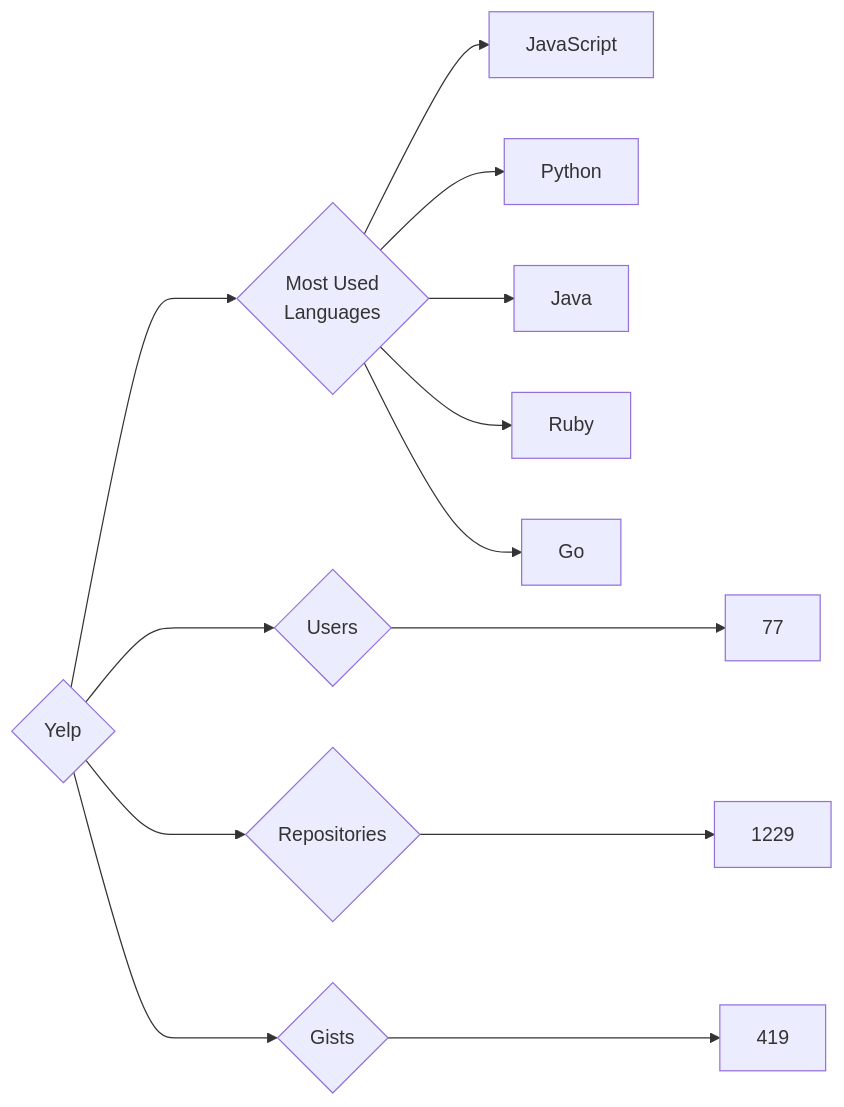
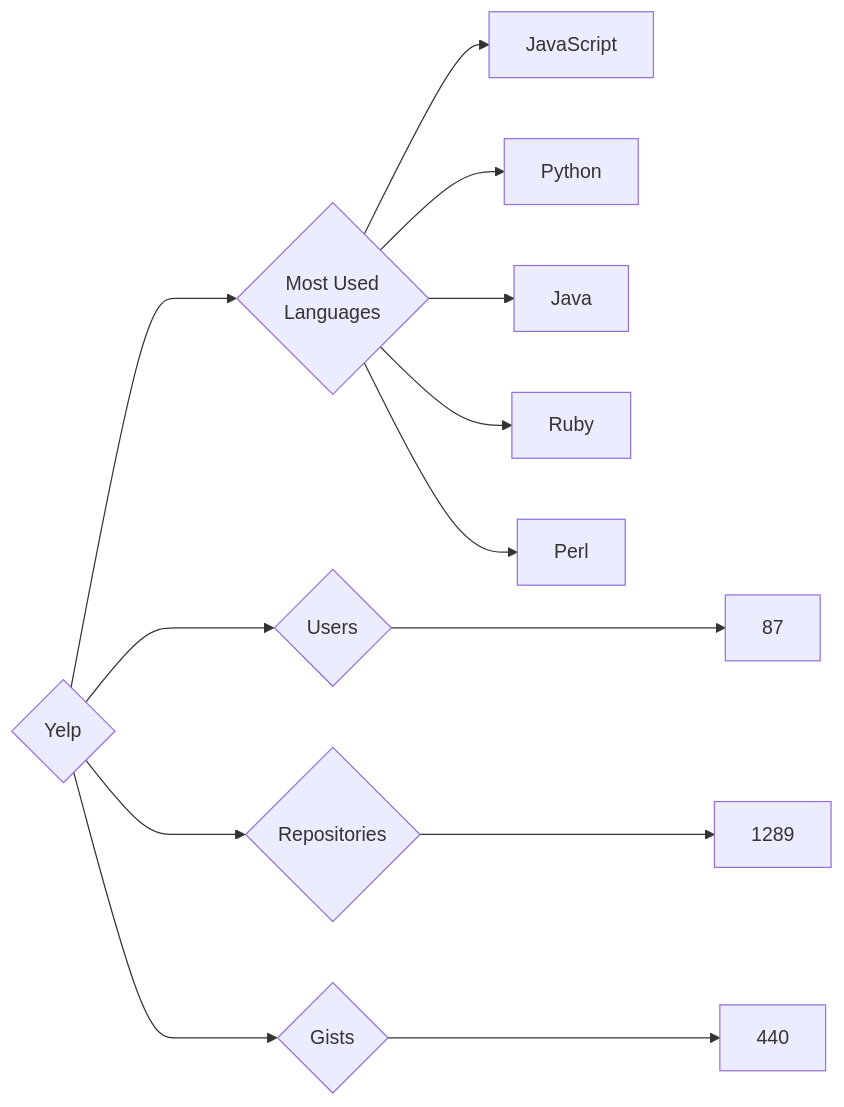
The diagram in targets/Yelp/README.md (trickest/insiders), drawn with Mermaid before and after one commit. The commit also changed 794 other files, not shown here.

````diff
--- a/targets/Yelp/README.md
+++ b/targets/Yelp/README.md
@@ -3,13 +3,13 @@
 ```mermaid
 graph LR
 COMPANY_NAME{Yelp}
-COMPANY_NAME ---> U{Users} ---> UN[77]
-COMPANY_NAME ---> R{Repositories} ---> RN[1229]
-COMPANY_NAME ---> G{Gists} ---> GN[419]
+COMPANY_NAME ---> U{Users} ---> UN[87]
+COMPANY_NAME ---> R{Repositories} ---> RN[1289]
+COMPANY_NAME ---> G{Gists} ---> GN[440]
 COMPANY_NAME ---> ML{Most Used<br>Languages}
 ML --> JavaScript[JavaScript]
 ML --> Python[Python]
 ML --> Java[Java]
 ML --> Ruby[Ruby]
-ML --> Go[Go]
+ML --> Perl[Perl]
 ```
````
